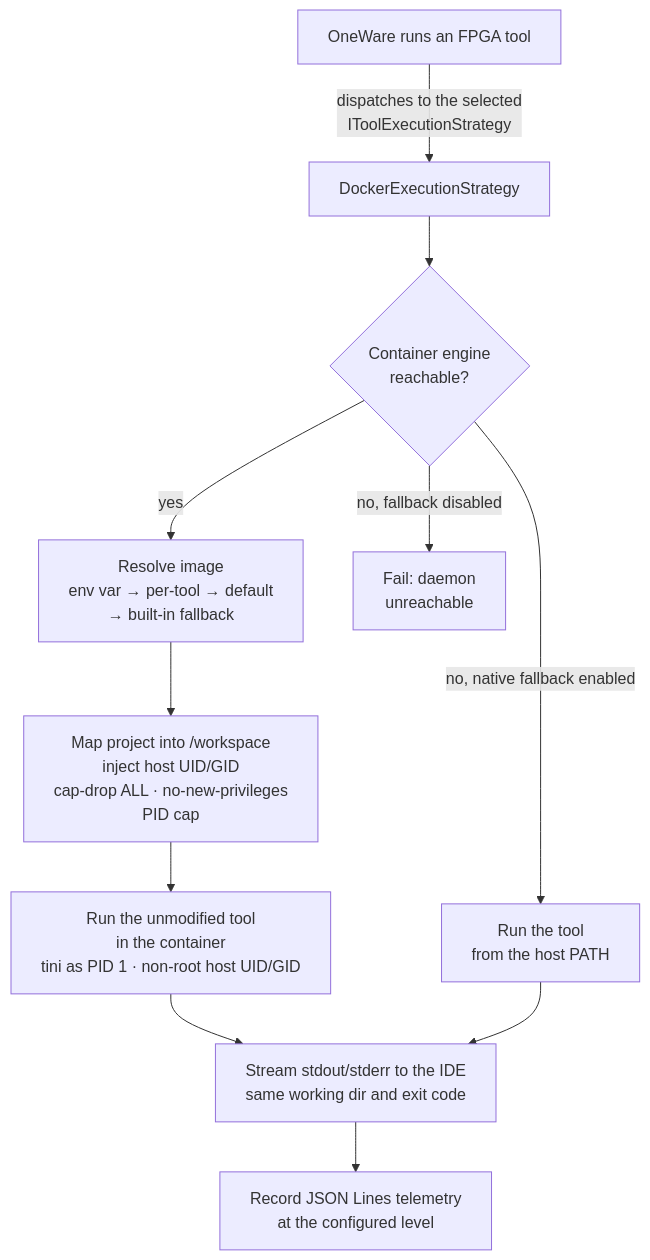
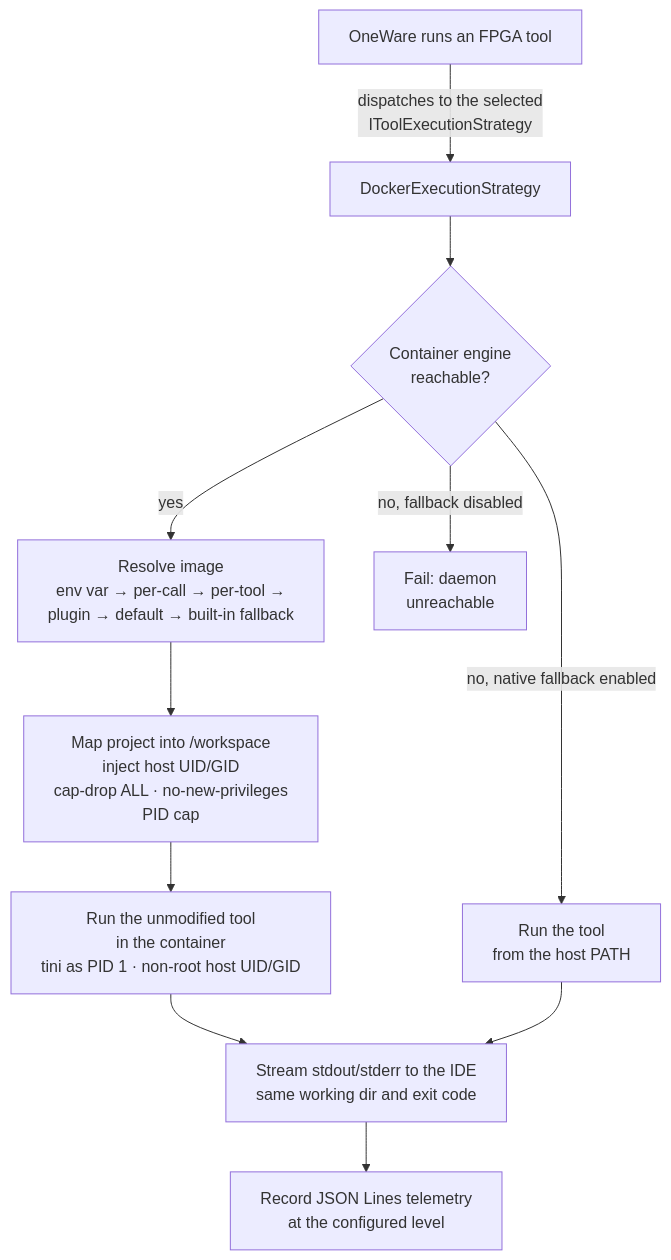
Before and after one commit to FEntwumS/FEntwumS.ContainerExtension: the diagram in README.md, drawn with Mermaid.

Commit message:
docs: name all six image sources in the execution model diagram
The diagram listed four sources for the image of a run. ResolveImage checks six, in this order: the ONEWARE_DOCKER_IMAGE variable, the docker.image of the call, the per-tool image, the docker.image the tool's plugin declares, the Default Toolchain Image and the built-in fallback. The diagram now names them as the configuration and architecture guides already do.

````diff
--- a/README.md
+++ b/README.md
@@ -53,18 +53,18 @@
 ```mermaid
 ---
 config:
   flowchart:
     wrappingWidth: 400
 ---
 flowchart TD
     A[OneWare runs an FPGA tool] -->|dispatches to the selected<br/>IToolExecutionStrategy| B[DockerExecutionStrategy]
     B --> C{Container engine<br/>reachable?}
-    C -->|yes| D[Resolve image<br/>env var → per-tool → default<br/>→ built-in fallback]
+    C -->|yes| D[Resolve image<br/>env var → per-call → per-tool →<br/>plugin → default → built-in fallback]
     D --> E[Map project into /workspace<br/>inject host UID/GID<br/>cap-drop ALL · no-new-privileges<br/>PID cap]
     E --> F[Run the unmodified tool<br/>in the container<br/>tini as PID 1 · non-root host UID/GID]
     C -->|no, native fallback enabled| G[Run the tool<br/>from the host PATH]
     C -->|no, fallback disabled| H[Fail: daemon<br/>unreachable]
     F --> I[Stream stdout/stderr to the IDE<br/>same working dir and exit code]
     G --> I
     I --> J[Record JSON Lines telemetry<br/>at the configured level]
 ```
````
